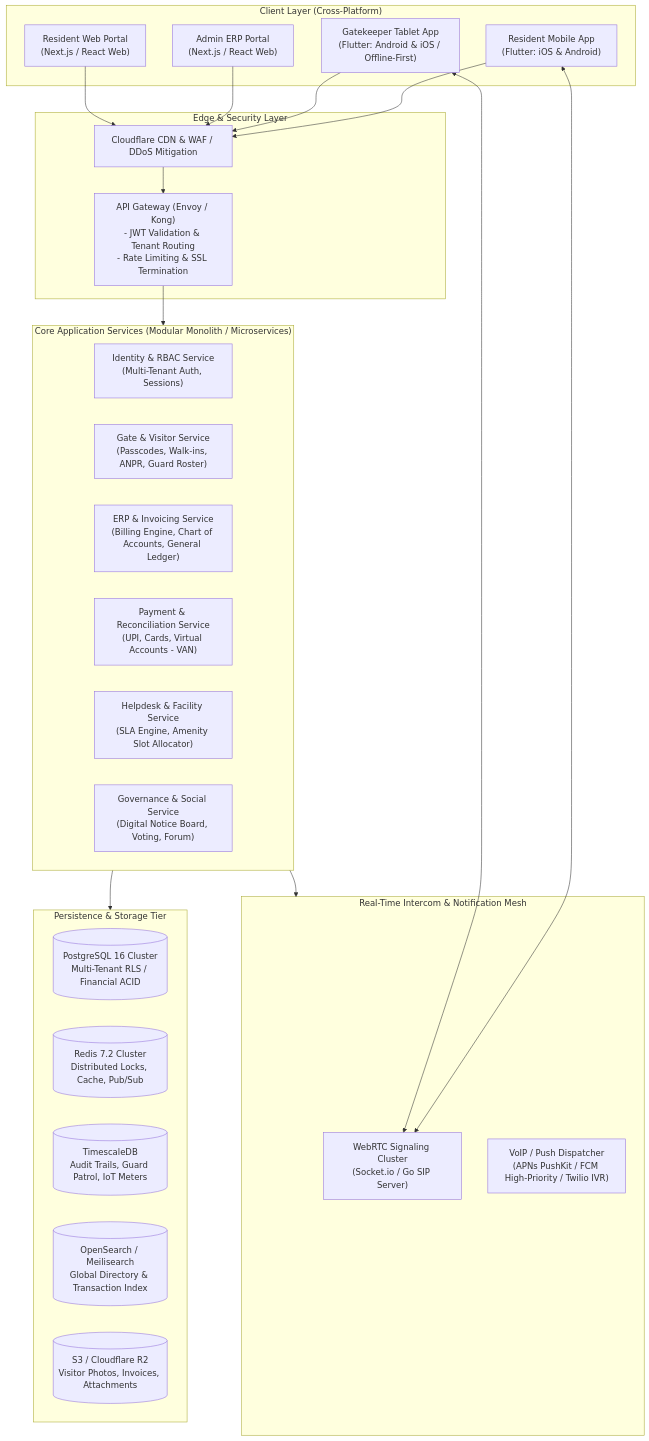
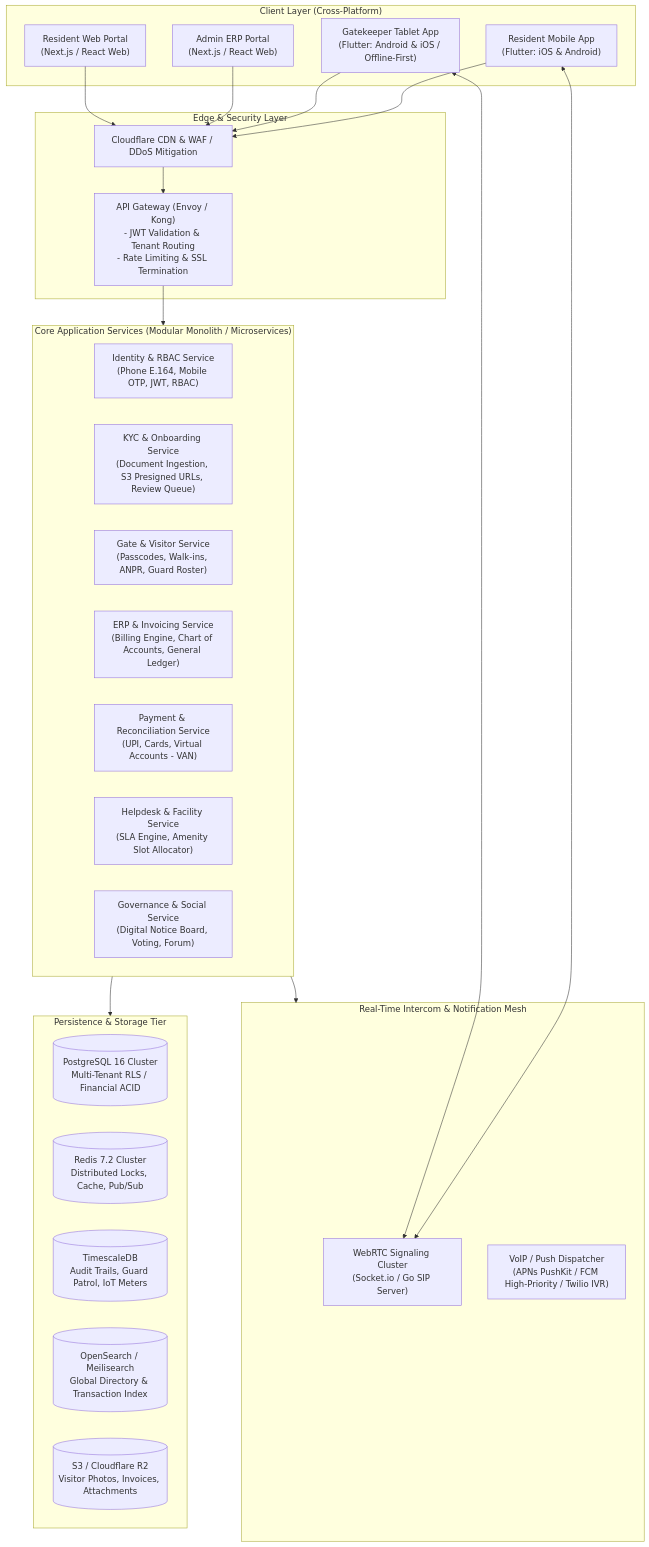
Before and after one commit to avinasharadya88/CommunityHolder: the first of 4 diagrams in architecture.md, drawn with Mermaid. The commit also changed other lines of this file and 3 other files, not shown here.

Commit message:
docs: add phone OTP login, global country codes, and manual KYC verification approval flow

````diff
--- a/architecture.md
+++ b/architecture.md
@@ -17,42 +17,43 @@
 ```mermaid
 flowchart TD
     subgraph Clients["Client Layer (Cross-Platform)"]
         A1["Resident Mobile App<br/>(Flutter: iOS & Android)"]
         A2["Gatekeeper Tablet App<br/>(Flutter: Android & iOS / Offline-First)"]
         A3["Admin ERP Portal<br/>(Next.js / React Web)"]
         A4["Resident Web Portal<br/>(Next.js / React Web)"]
     end
 
     subgraph Edge["Edge & Security Layer"]
         B1["Cloudflare CDN & WAF / DDoS Mitigation"]
         B2["API Gateway (Envoy / Kong)<br/>- JWT Validation & Tenant Routing<br/>- Rate Limiting & SSL Termination"]
     end
 
     subgraph RealTime["Real-Time Intercom & Notification Mesh"]
         C1["WebRTC Signaling Cluster<br/>(Socket.io / Go SIP Server)"]
         C2["VoIP / Push Dispatcher<br/>(APNs PushKit / FCM High-Priority / Twilio IVR)"]
     end
 
     subgraph Services["Core Application Services (Modular Monolith / Microservices)"]
-        D1["Identity & RBAC Service<br/>(Multi-Tenant Auth, Sessions)"]
-        D2["Gate & Visitor Service<br/>(Passcodes, Walk-ins, ANPR, Guard Roster)"]
-        D3["ERP & Invoicing Service<br/>(Billing Engine, Chart of Accounts, General Ledger)"]
-        D4["Payment & Reconciliation Service<br/>(UPI, Cards, Virtual Accounts - VAN)"]
-        D5["Helpdesk & Facility Service<br/>(SLA Engine, Amenity Slot Allocator)"]
-        D6["Governance & Social Service<br/>(Digital Notice Board, Voting, Forum)"]
+        D1["Identity & RBAC Service<br/>(Phone E.164, Mobile OTP, JWT, RBAC)"]
+        D2["KYC & Onboarding Service<br/>(Document Ingestion, S3 Presigned URLs, Review Queue)"]
+        D3["Gate & Visitor Service<br/>(Passcodes, Walk-ins, ANPR, Guard Roster)"]
+        D4["ERP & Invoicing Service<br/>(Billing Engine, Chart of Accounts, General Ledger)"]
+        D5["Payment & Reconciliation Service<br/>(UPI, Cards, Virtual Accounts - VAN)"]
+        D6["Helpdesk & Facility Service<br/>(SLA Engine, Amenity Slot Allocator)"]
+        D7["Governance & Social Service<br/>(Digital Notice Board, Voting, Forum)"]
     end
 
     subgraph Data["Persistence & Storage Tier"]
         E1[("PostgreSQL 16 Cluster<br/>Multi-Tenant RLS / Financial ACID")]
         E2[("Redis 7.2 Cluster<br/>Distributed Locks, Cache, Pub/Sub")]
         E3[("TimescaleDB<br/>Audit Trails, Guard Patrol, IoT Meters")]
         E4[("OpenSearch / Meilisearch<br/>Global Directory & Transaction Index")]
         E5[("S3 / Cloudflare R2<br/>Visitor Photos, Invoices, Attachments")]
     end
 
     A1 & A2 & A3 & A4 --> B1 --> B2
     A1 & A2 <--> C1
     B2 --> Services
     Services --> RealTime
     Services --> Data
 ```
````
